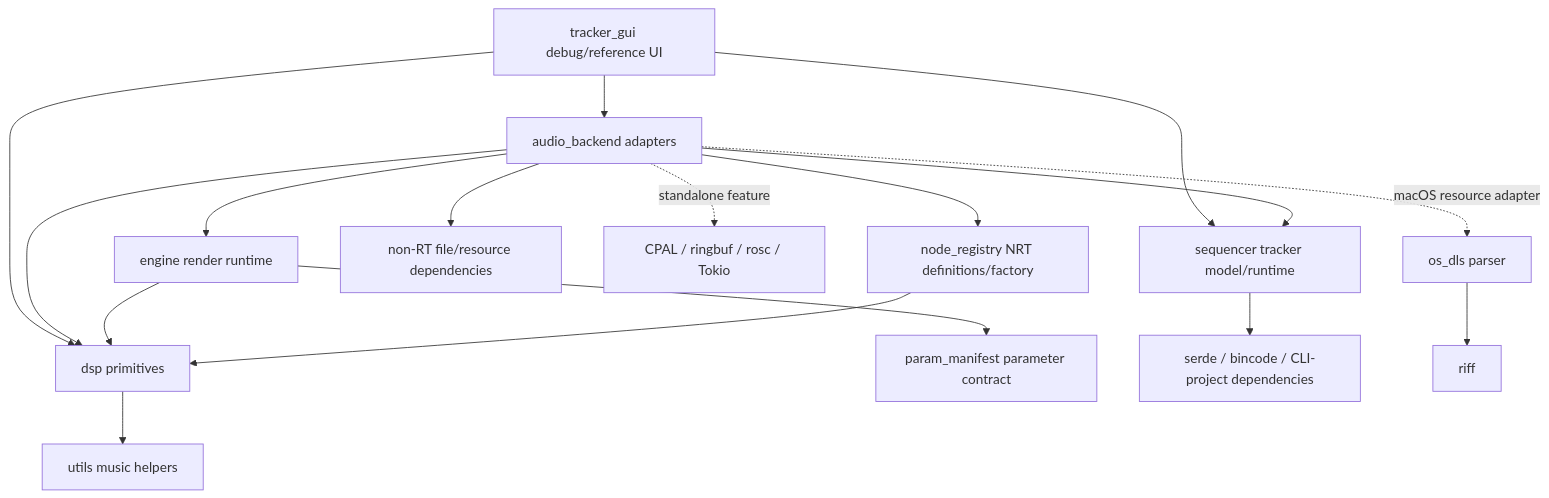
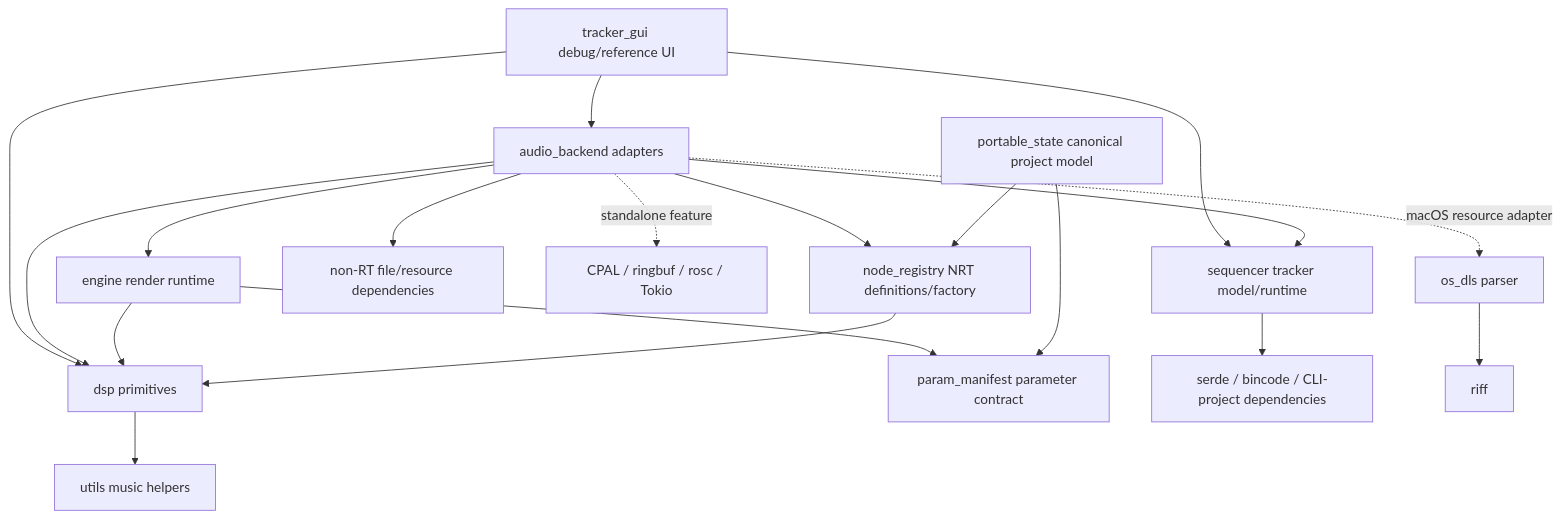
One commit to jpalvarezl/blight-synth changed the diagram in docs/architecture/crate-dependency-graph.md. Above: the diagram before and after it, drawn with Mermaid. The commit also changed other lines of this file and 11 other files, not shown here.

Commit message:
Implement portable state canonical envelope

````diff
--- a/docs/architecture/crate-dependency-graph.md
+++ b/docs/architecture/crate-dependency-graph.md
@@ -11,21 +11,23 @@
 ```mermaid
 flowchart TD
     GUI[tracker_gui debug/reference UI] --> AB[audio_backend adapters]
     GUI --> SEQ[sequencer tracker model/runtime]
     GUI --> DSP[dsp primitives]
 
     AB --> ENG[engine render runtime]
     AB --> SEQ
     AB --> DSP
     AB --> REG
     AB --> IO[non-RT file/resource dependencies]
     AB -. standalone feature .-> HOST[CPAL / ringbuf / rosc / Tokio]
 
     ENG --> DSP
     ENG --> PARAM[param_manifest parameter contract]
+    STATE[portable_state canonical project model] --> PARAM
+    STATE --> REG
     REG[node_registry NRT definitions/factory] --> DSP
     DSP --> UTILS[utils music helpers]
     SEQ --> MODEL[serde / bincode / CLI-project dependencies]
     OSDLS[os_dls parser] --> RIFF[riff]
     AB -. macOS resource adapter .-> OSDLS
 ```
````
